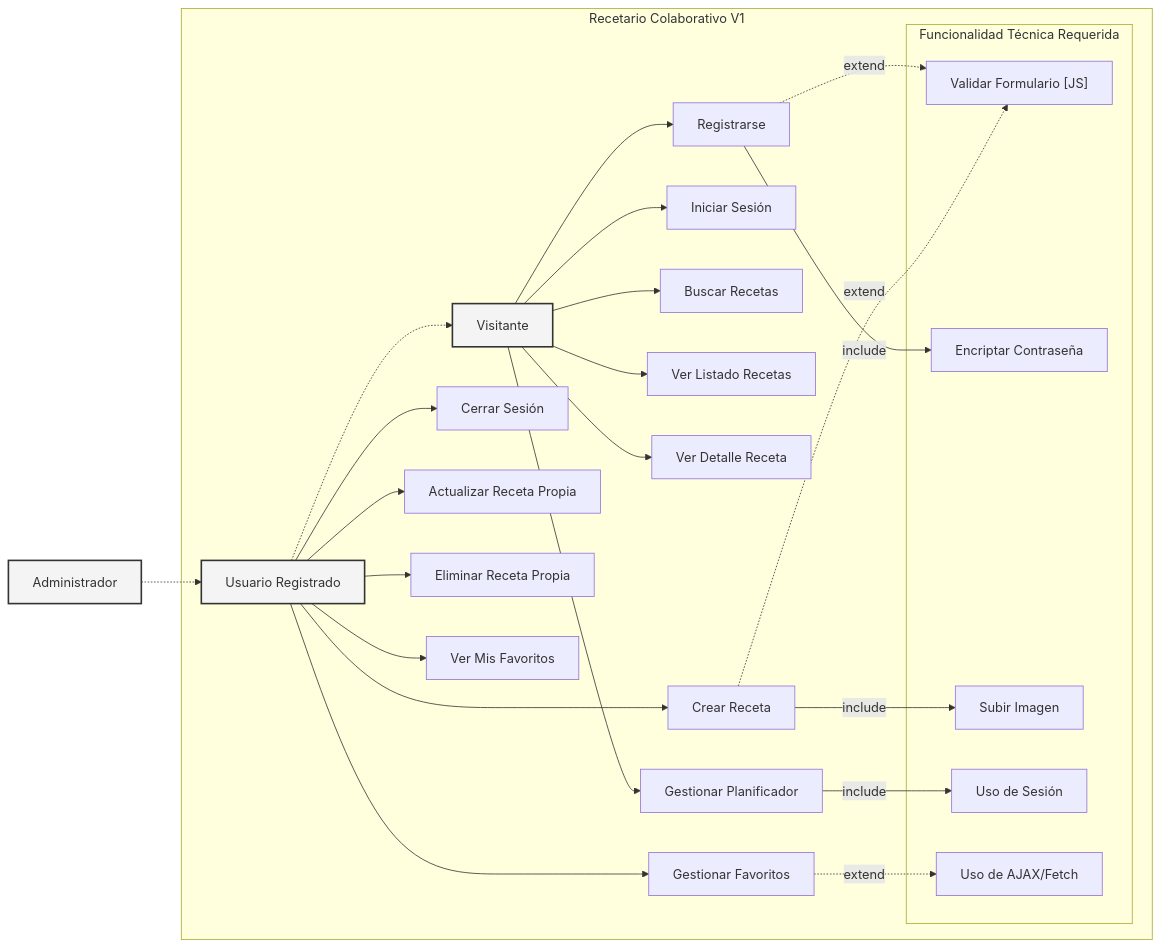
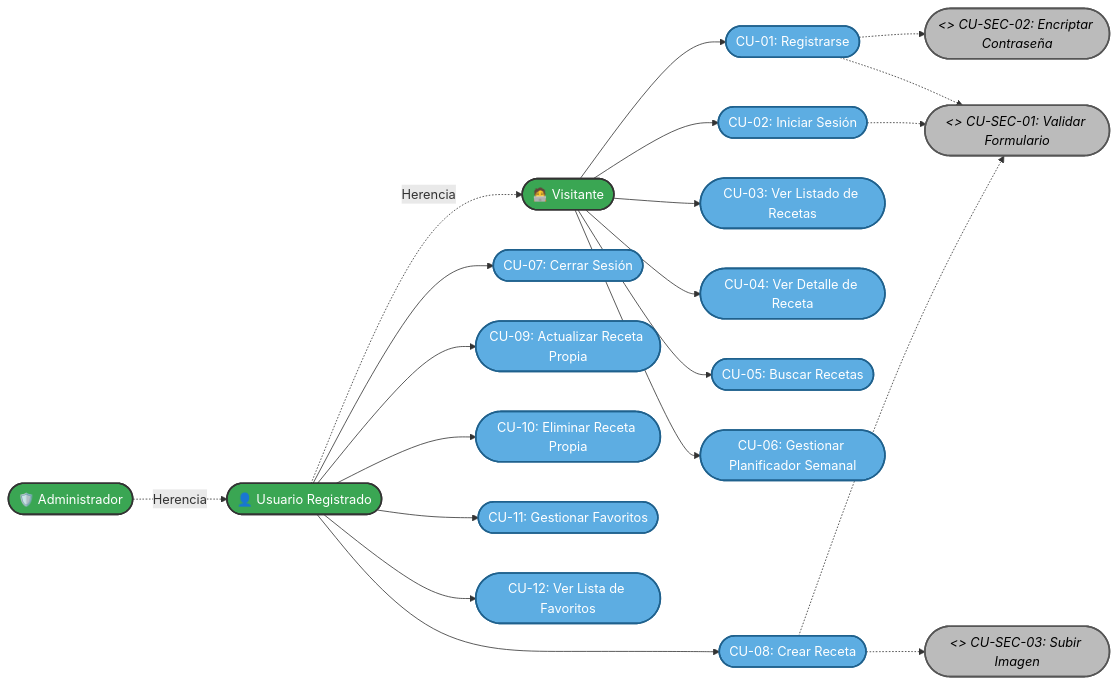
The first of 3 diagrams in README.md (javiiariass/DAW_Practica), drawn with Mermaid before and after one commit. The commit also changed other lines of this file, not shown here.

Commit message:
inluido diagrama casos de uso y diagrama de clases

````diff
--- a/README.md
+++ b/README.md
@@ -265,125 +351,127 @@
 ```mermaid
-graph LR
+%% Diagrama de Casos de Uso - V1
 
-    %% Definición de Actores (Rectángulos estándar)
+%% Tema MVC con estilos coherentes
 
-    Visitante[Visitante]
-
-    User[Usuario Registrado]
-
-    Admin[Administrador]
+%% javi (versión 1.0)
 
   
 
-    %% Herencia de Actores (simulada con línea discontinua)
+graph LR
 
-    User -.-> Visitante
+    %% ==== ACTORES ====
 
-    Admin -.-> User
+    Visitante(["🧑‍💻 Visitante"])
+
+    Usuario(["👤 Usuario Registrado"])
+
+    Admin(["🛡️ Administrador"])
 
   
 
-    %% Contenedor del Sistema
+    %% ==== HERENCIA DE ACTORES ====
 
-    subgraph "Recetario Colaborativo V1"
+    Usuario -.->|Herencia| Visitante
 
-        %% Casos de Uso Principales (Rectángulos estándar)
-
-        UC1[Registrarse]
-
-        UC2[Iniciar Sesión]
-
-        UC3[Buscar Recetas]
-
-        UC4[Ver Listado Recetas]
-
-        UC5[Ver Detalle Receta]
-
-        UC6[Gestionar Planificador]
-
-        UC7[Cerrar Sesión]
-
-        UC8[Crear Receta]
-
-        UC9[Actualizar Receta Propia]
-
-        UC10[Eliminar Receta Propia]
-
-        UC11[Gestionar Favoritos]
-
-        UC12[Ver Mis Favoritos]
+    Admin -.-> |Herencia|Usuario
 
   
 
-        %% Relaciones de Actores a Casos
+    %% ==== CASOS DE USO VISITANTE ====
 
-        Visitante --> UC1
+    CU01([CU-01: Registrarse])
 
-        Visitante --> UC2
+    CU02([CU-02: Iniciar Sesión])
 
-        Visitante --> UC3
+    CU03([CU-03: Ver Listado de Recetas])
 
-        Visitante --> UC4
+    CU04([CU-04: Ver Detalle de Receta])
 
-        Visitante --> UC5
+    CU05([CU-05: Buscar Recetas])
 
-        Visitante --> UC6
+    CU06([CU-06: Gestionar Planificador Semanal])
 
   
 
-        User --> UC7
+    Visitante --> CU01
 
-        User --> UC8
+    Visitante --> CU02
 
-        User --> UC9
+    Visitante --> CU03
 
-        User --> UC10
+    Visitante --> CU04
 
-        User --> UC11
+    Visitante --> CU05
 
-        User --> UC12
+    Visitante --> CU06
 
   
 
-        %% Casos de Uso Técnicos (Incluidos / Extendidos)
+    %% ==== CASOS DE USO USUARIO REGISTRADO ====
 
-        subgraph tech [Funcionalidad Técnica Requerida]
+    CU07([CU-07: Cerrar Sesión])
 
-            UC_Val_JS["Validar Formulario [JS]"]
+    CU08([CU-08: Crear Receta])
 
-            UC_Encrypt[Encriptar Contraseña]
+    CU09([CU-09: Actualizar Receta Propia])
 
-            UC_Upload[Subir Imagen]
+    CU10([CU-10: Eliminar Receta Propia])
 
-            UC_Session[Uso de Sesión]
+    CU11([CU-11: Gestionar Favoritos])
 
-            UC_AJAX[Uso de AJAX/Fetch]
+    CU12([CU-12: Ver Lista de Favoritos])
 
-        end
+  
 
-        %% Relaciones <<include>> (obligatorio) y <<extend>> (opcional)
+    Usuario --> CU07
 
-        UC1 -->|include| UC_Encrypt
+    Usuario --> CU08
 
-        UC1 -.->|extend| UC_Val_JS
+    Usuario --> CU09
 
-        UC8 -->|include| UC_Upload
+    Usuario --> CU10
 
-        UC8 -.->|extend| UC_Val_JS
+    Usuario --> CU11
 
-        UC6 -->|include| UC_Session
+    Usuario --> CU12
 
-        UC11 -.->|extend| UC_AJAX
+  
 
-    end
+    %% ==== CASOS DE USO INTERNOS ====
 
-    %% Estilos
+    Validar([<<extend>> CU-SEC-01: Validar Formulario])
 
-    classDef actor fill:#f4f4f4,stroke:#333,stroke-width:2px
+    Encriptar([<<include>> CU-SEC-02: Encriptar Contraseña])
 
-    class Visitante,User,Admin actor
+    Subir([<<include>> CU-SEC-03: Subir Imagen])
 
-    %% Estilo del Subgraph Técnico (usando el ID 'tech')
+  
 
-    %%style tech fill:#f9f9f9,stroke:#ccc,stroke-dasharray: 5 5
+    CU01 -.-> Encriptar
+
+    CU08 -.-> Subir
+
+    CU01 -.-> Validar
+
+    CU02 -.-> Validar
+
+    CU08 -.-> Validar
+
+  
+
+    %% ==== ESTILOS ====
+
+    classDef actor fill:#3aa653,stroke:#333,stroke-width:2px,color:#fff;
+
+    classDef usecase fill:#5dade2,stroke:#1f618d,stroke-width:2px,color:#fff;
+
+    classDef internal fill:#bbb,stroke:#555,stroke-width:2px,color:#000,font-style:italic;
+
+  
+
+    class Visitante,Usuario,Admin actor;
+
+    class CU01,CU02,CU03,CU04,CU05,CU06,CU07,CU08,CU09,CU10,CU11,CU12 usecase;
+
+    class Validar,Encriptar,Subir internal;
 ```
````
